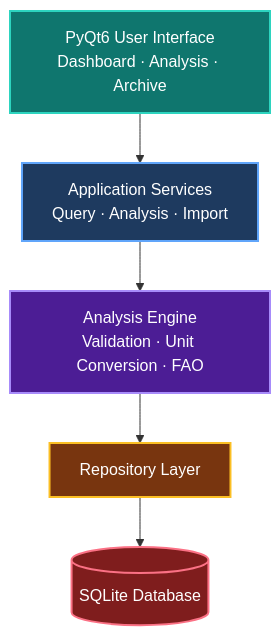
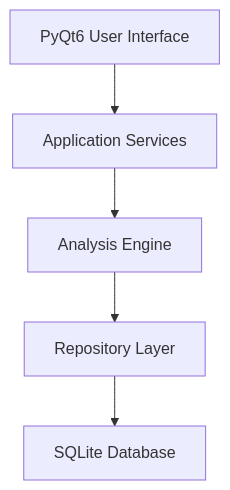
Before and after one commit to ZalSaberi/irrigation-water-dashboard: the first of 2 diagrams in README.md, drawn with Mermaid. The commit also changed other lines of this file, not shown here.

Commit message:
fix(docs): simplify Mermaid diagrams for GitHub rendering

````diff
--- a/README.md
+++ b/README.md
@@ -73,25 +73,13 @@
 ```mermaid
-flowchart TB
-    UI["PyQt6 User Interface<br/>Dashboard · Analysis · Archive"]
-    SERVICES["Application Services<br/>Query · Analysis · Import"]
-    ENGINE["Analysis Engine<br/>Validation · Unit Conversion · FAO"]
+graph TD
+    UI["PyQt6 User Interface"]
+    SERVICES["Application Services"]
+    ENGINE["Analysis Engine"]
     REPO["Repository Layer"]
-    DB[("SQLite Database")]
+    DB["SQLite Database"]
 
     UI --> SERVICES
     SERVICES --> ENGINE
     ENGINE --> REPO
     REPO --> DB
-
-    classDef ui fill:#0f766e,color:#ffffff,stroke:#2dd4bf,stroke-width:2px;
-    classDef service fill:#1e3a5f,color:#ffffff,stroke:#60a5fa,stroke-width:2px;
-    classDef core fill:#4c1d95,color:#ffffff,stroke:#a78bfa,stroke-width:2px;
-    classDef data fill:#78350f,color:#ffffff,stroke:#fbbf24,stroke-width:2px;
-    classDef database fill:#7f1d1d,color:#ffffff,stroke:#fb7185,stroke-width:2px;
-
-    class UI ui;
-    class SERVICES service;
-    class ENGINE core;
-    class REPO data;
-    class DB database;
 ```
````
